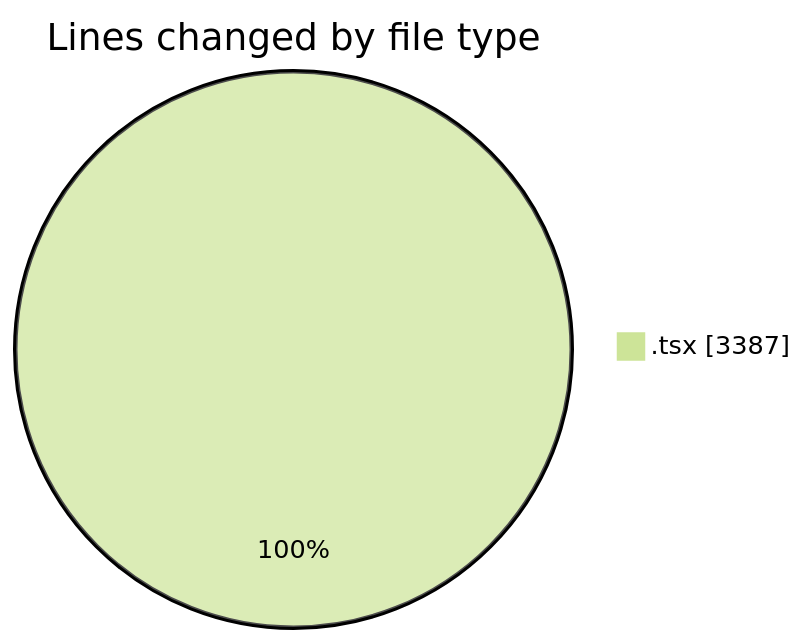
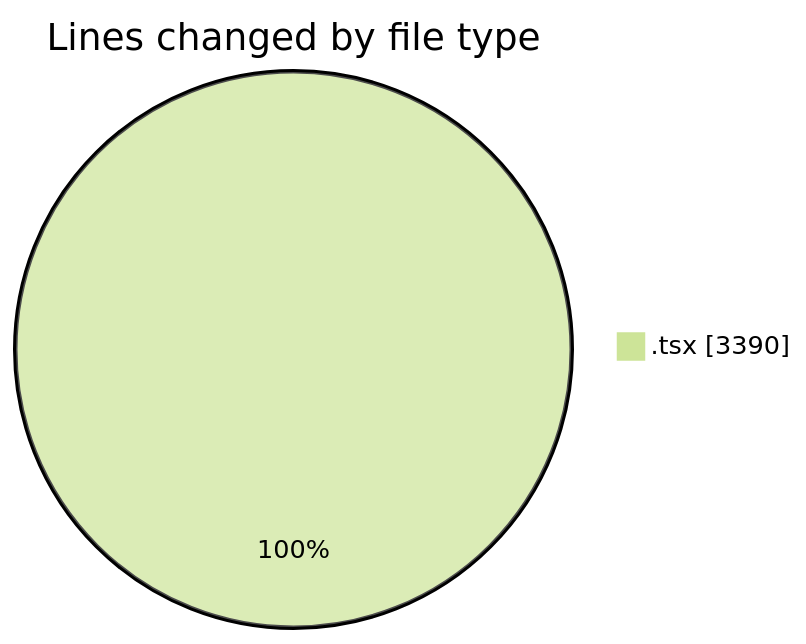
Before and after one commit to nxtqubesakshisongat/code-tracking: the first of 2 diagrams in 2026-06-08/nxtqube_webapp/README.md, drawn with Mermaid (forest theme). The commit also changed other lines of this file and 1 other file, not shown here.

````diff
--- a/2026-06-08/nxtqube_webapp/README.md
+++ b/2026-06-08/nxtqube_webapp/README.md
@@ -24,5 +24,5 @@
 ```mermaid
 pie showData
 title Lines changed by file type
-".tsx" : 3387
+".tsx" : 3390
 ```
````
